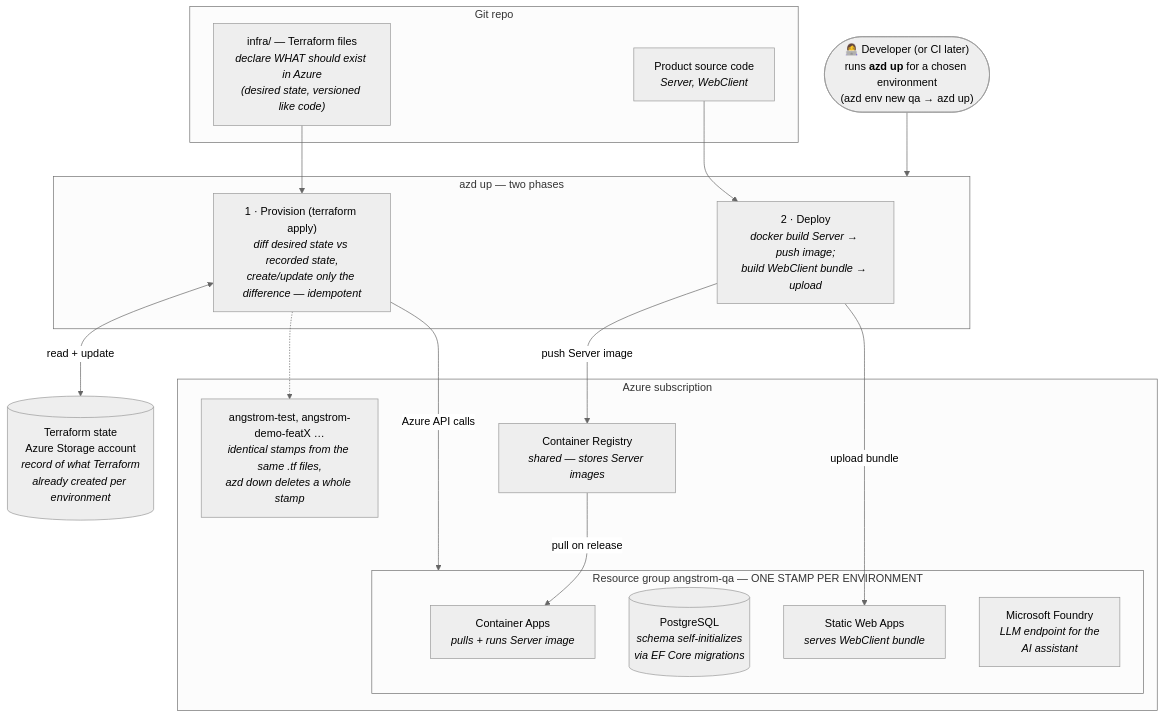
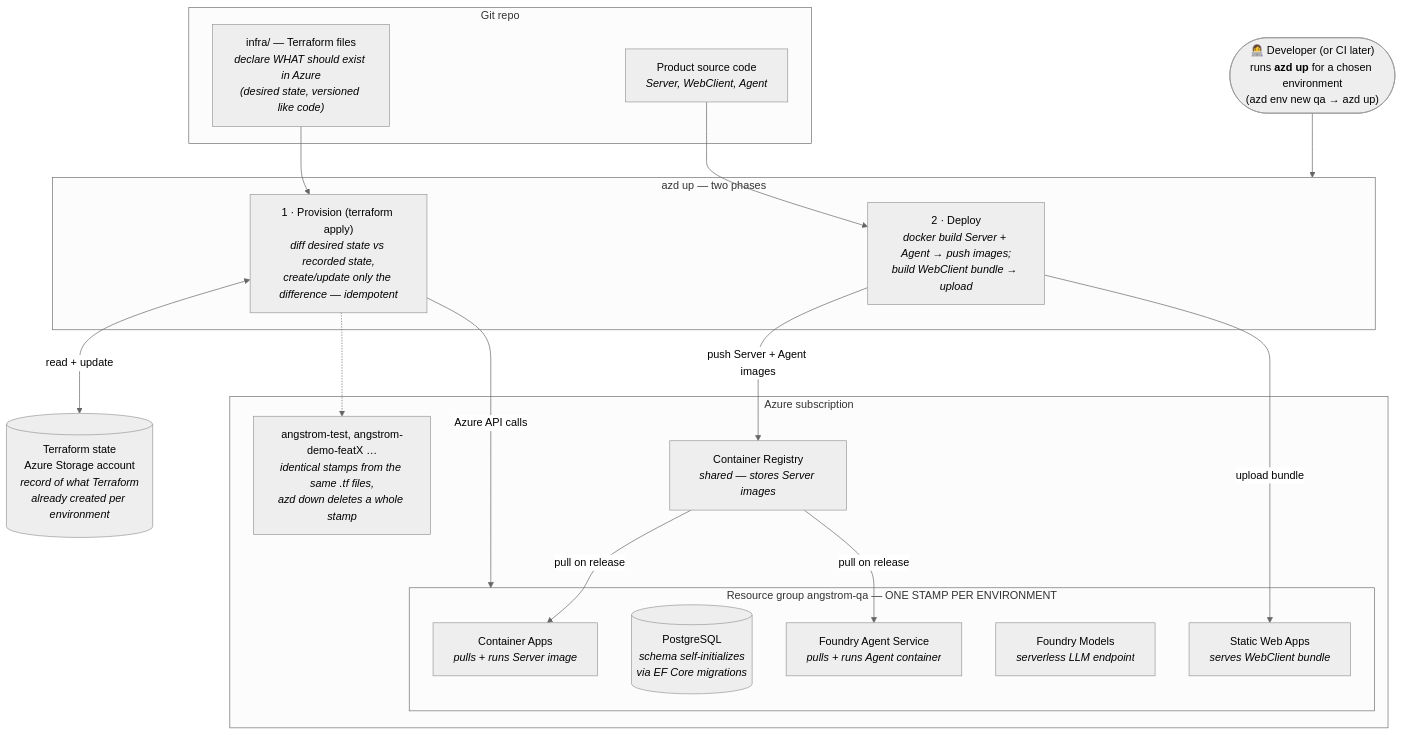
The fifth of 5 diagrams in CLAUDE.md (Anarkin/angstrom-commander), drawn with Mermaid (neutral theme) before and after one commit. The commit also changed other lines of this file, not shown here.

Commit message:
docs: promote MCP endpoint + Foundry-hosted Agent to v1 architecture

````diff
--- a/CLAUDE.md
+++ b/CLAUDE.md
@@ -224,37 +250,39 @@
 ```mermaid
 flowchart TB
   dev(["👩‍💻 Developer (or CI later)<br/>runs <b>azd up</b> for a chosen environment<br/>(azd env new qa → azd up)"])
 
   subgraph repo["Git repo"]
     tf["infra/ — Terraform files<br/><i>declare WHAT should exist in Azure<br/>(desired state, versioned like code)</i>"]
-    src["Product source code<br/><i>Server, WebClient</i>"]
+    src["Product source code<br/><i>Server, WebClient, Agent</i>"]
   end
 
   subgraph up["azd up — two phases"]
     prov["1 · Provision (terraform apply)<br/><i>diff desired state vs recorded state,<br/>create/update only the difference — idempotent</i>"]
-    dep["2 · Deploy<br/><i>docker build Server → push image;<br/>build WebClient bundle → upload</i>"]
+    dep["2 · Deploy<br/><i>docker build Server + Agent → push images;<br/>build WebClient bundle → upload</i>"]
   end
 
   state[("Terraform state<br/>Azure Storage account<br/><i>record of what Terraform<br/>already created per environment</i>")]
 
   subgraph azure["Azure subscription"]
     acr["Container Registry<br/><i>shared — stores Server images</i>"]
     subgraph rg["Resource group angstrom-qa — ONE STAMP PER ENVIRONMENT"]
       aca["Container Apps<br/><i>pulls + runs Server image</i>"]
       pg[("PostgreSQL<br/><i>schema self-initializes<br/>via EF Core migrations</i>")]
       swa["Static Web Apps<br/><i>serves WebClient bundle</i>"]
-      foundry["Microsoft Foundry<br/><i>LLM endpoint for the<br/>AI assistant</i>"]
+      models["Foundry Models<br/><i>serverless LLM endpoint</i>"]
+      agentsvc["Foundry Agent Service<br/><i>pulls + runs Agent container</i>"]
     end
     rg2["angstrom-test, angstrom-demo-featX …<br/><i>identical stamps from the same .tf files,<br/>azd down deletes a whole stamp</i>"]
   end
 
   dev --> up
   tf --> prov
   src --> dep
   prov <-->|"read + update"| state
   prov -->|"Azure API calls"| rg
   prov -.-> rg2
-  dep -->|"push Server image"| acr
+  dep -->|"push Server + Agent images"| acr
   acr -->|"pull on release"| aca
+  acr -->|"pull on release"| agentsvc
   dep -->|"upload bundle"| swa
 ```
````
